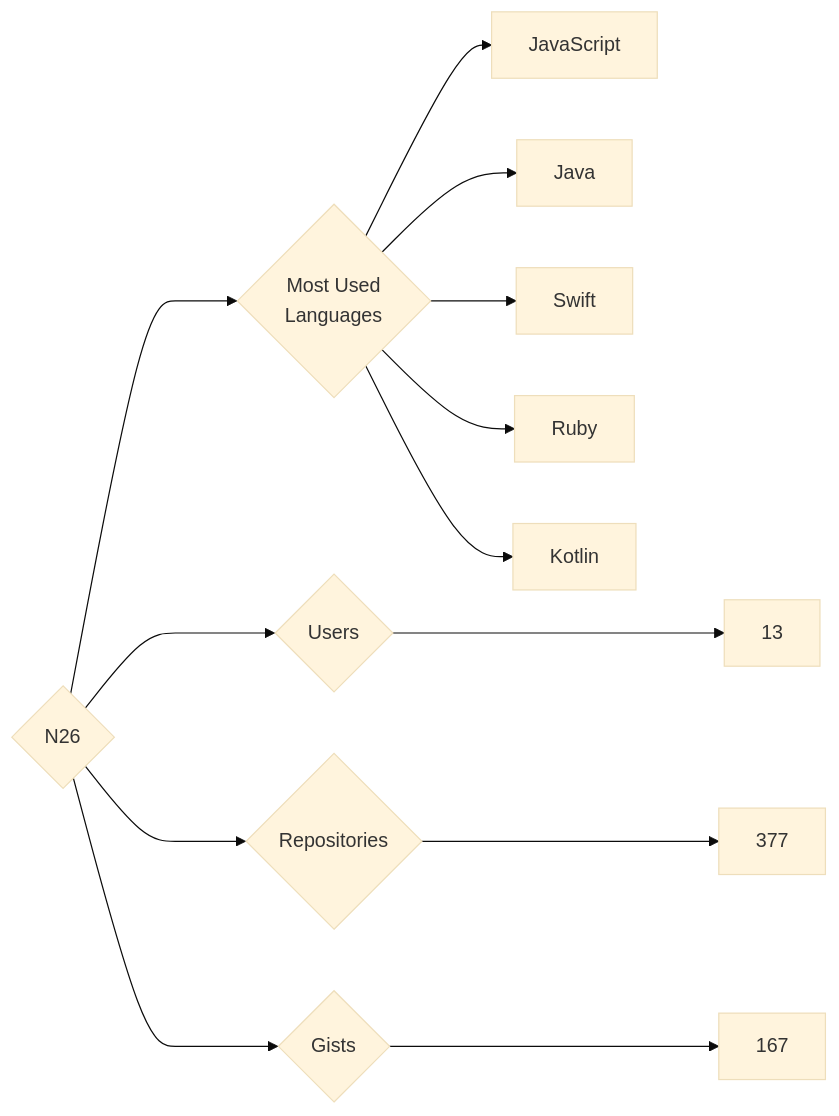
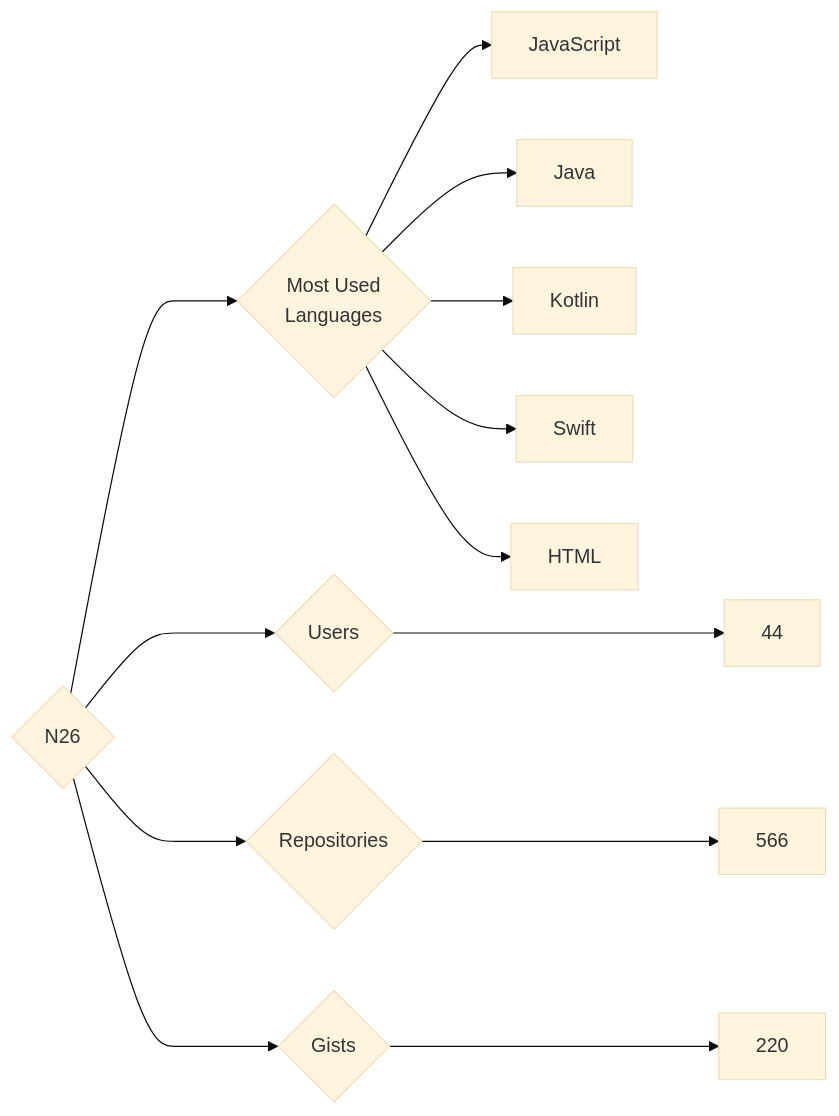
One commit to trickest/insiders changed the diagram in targets/N26/README.md. Above: the diagram before and after it, drawn with Mermaid (base theme). The commit also changed 695 other files, not shown here.

````diff
--- a/targets/N26/README.md
+++ b/targets/N26/README.md
@@ -3,13 +3,13 @@
 ```mermaid
 graph LR
 COMPANY_NAME{N26}
-COMPANY_NAME ---> U{Users} ---> UN[13]
-COMPANY_NAME ---> R{Repositories} ---> RN[377]
-COMPANY_NAME ---> G{Gists} ---> GN[167]
+COMPANY_NAME ---> U{Users} ---> UN[44]
+COMPANY_NAME ---> R{Repositories} ---> RN[566]
+COMPANY_NAME ---> G{Gists} ---> GN[220]
 COMPANY_NAME ---> ML{Most Used<br>Languages}
 ML --> JavaScript[JavaScript]
 ML --> Java[Java]
+ML --> Kotlin[Kotlin]
 ML --> Swift[Swift]
-ML --> Ruby[Ruby]
-ML --> Kotlin[Kotlin]
+ML --> HTML[HTML]
 ```
````
